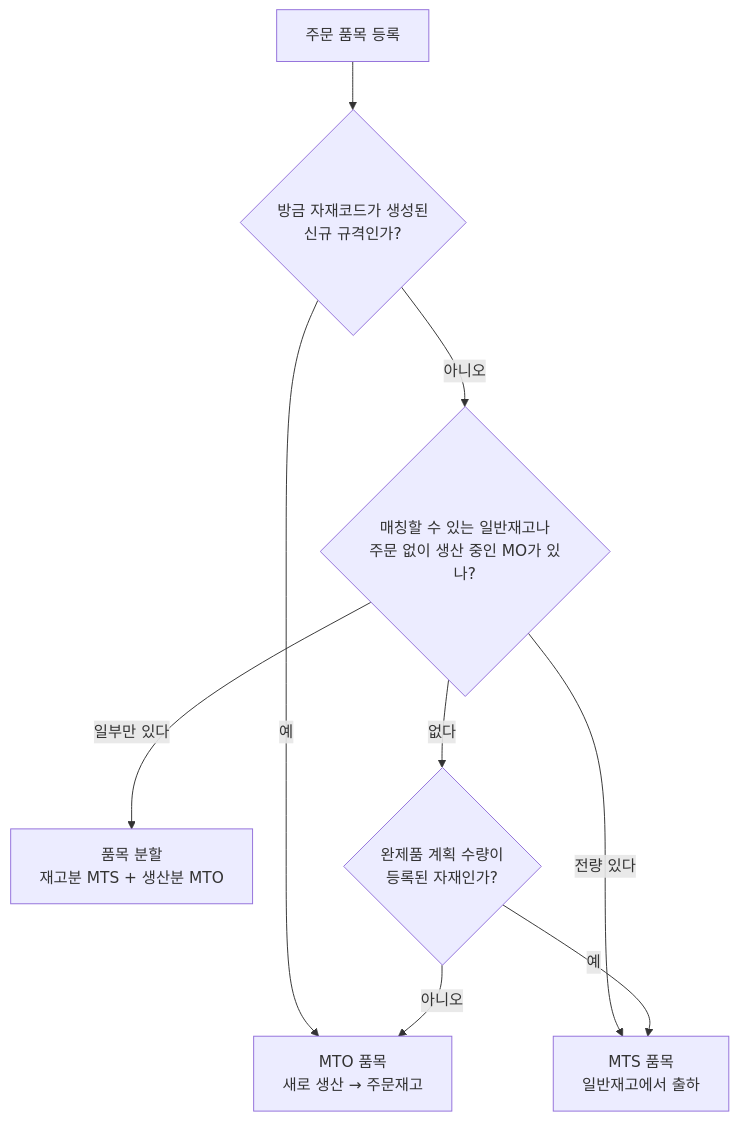
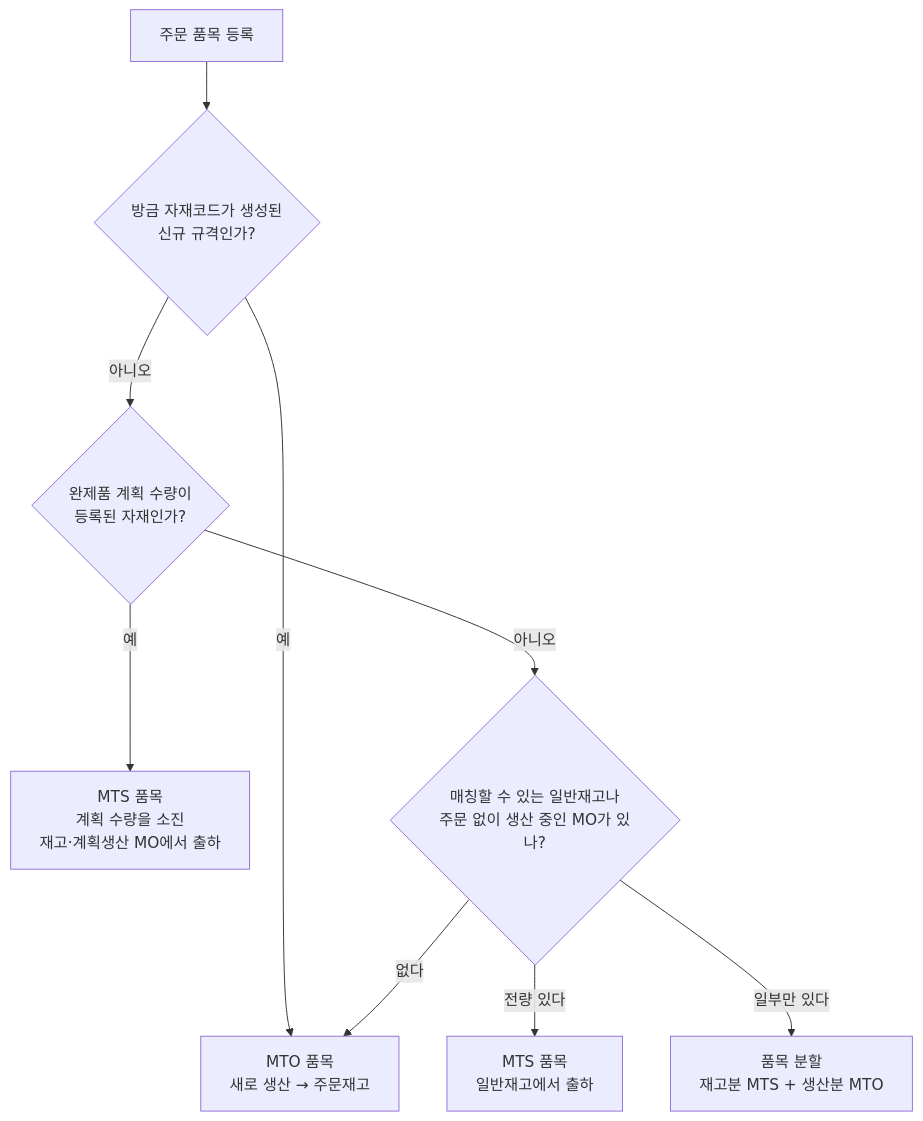
Before and after one commit to donseok/mes-to-be-doc: the third of 8 diagrams in docs/mto-mts-01-scenarios.md, drawn with Mermaid. The commit also changed other lines of this file and 5 other files, not shown here.

First line of the commit message:
Fix MTO/MTS decision order, decision IDs and unconfirmed claims

````diff
--- a/docs/mto-mts-01-scenarios.md
+++ b/docs/mto-mts-01-scenarios.md
@@ -74,11 +75,11 @@
 ```mermaid
 flowchart TD
   S["주문 품목 등록"] --> Q1{"방금 자재코드가 생성된<br/>신규 규격인가?"}
   Q1 -->|"예"| MTO["MTO 품목<br/>새로 생산 → 주문재고"]
-  Q1 -->|"아니오"| Q2{"매칭할 수 있는 일반재고나<br/>주문 없이 생산 중인 MO가 있나?"}
+  Q1 -->|"아니오"| Q0{"완제품 계획 수량이<br/>등록된 자재인가?"}
+  Q0 -->|"예"| MTSP["MTS 품목<br/>계획 수량을 소진<br/>재고·계획생산 MO에서 출하"]
+  Q0 -->|"아니오"| Q2{"매칭할 수 있는 일반재고나<br/>주문 없이 생산 중인 MO가 있나?"}
   Q2 -->|"전량 있다"| MTS["MTS 품목<br/>일반재고에서 출하"]
   Q2 -->|"일부만 있다"| SPLIT["품목 분할<br/>재고분 MTS + 생산분 MTO"]
-  Q2 -->|"없다"| Q3{"완제품 계획 수량이<br/>등록된 자재인가?"}
-  Q3 -->|"예"| MTS
-  Q3 -->|"아니오"| MTO
+  Q2 -->|"없다"| MTO
 ```
````
